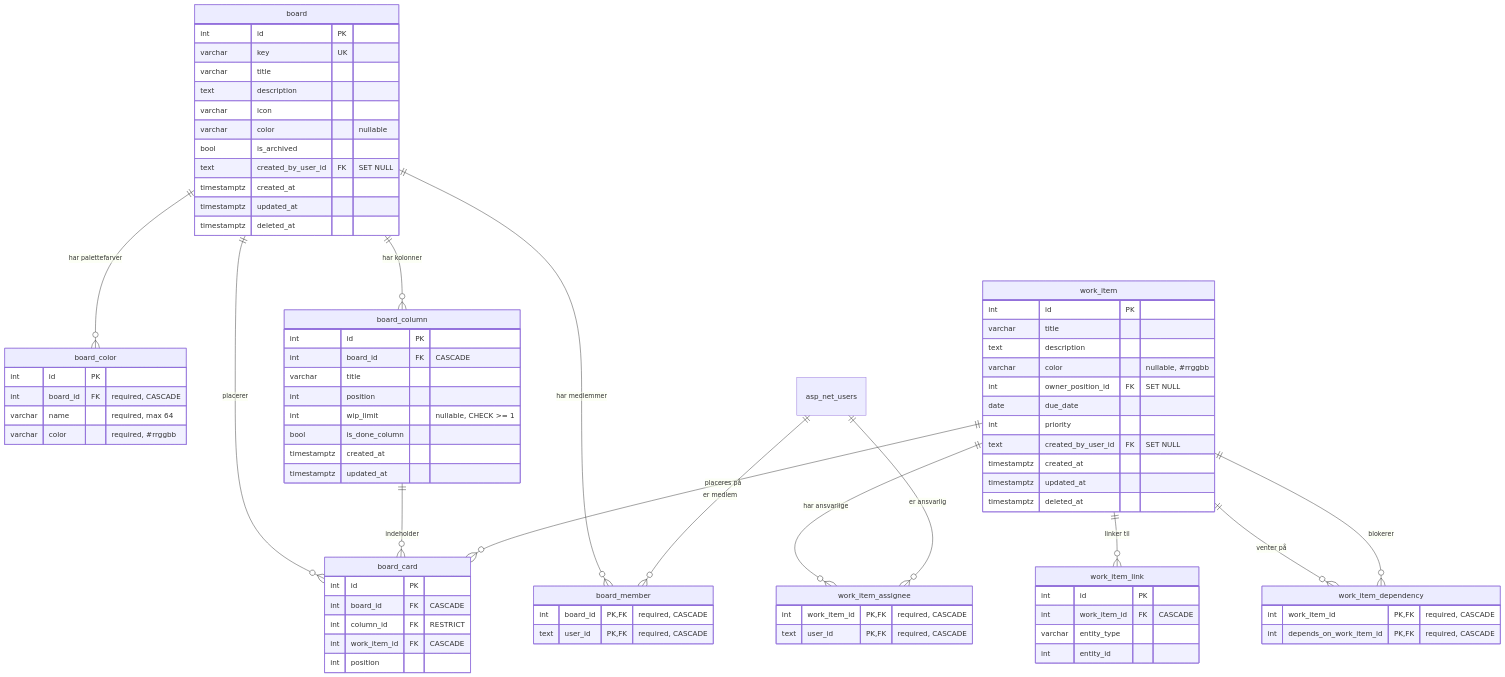
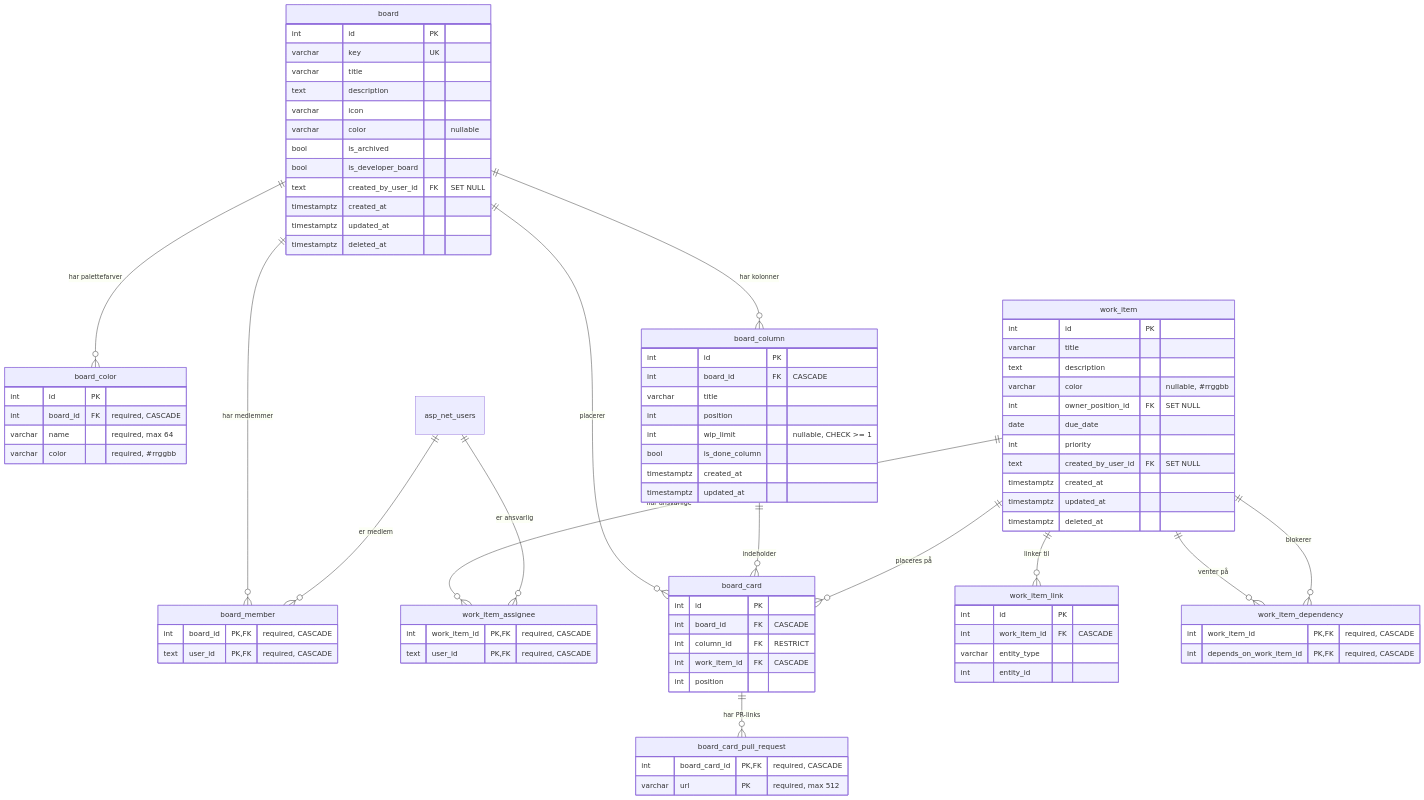
The fifth of 7 diagrams in docs/database.md (smallbenji/DS28-website), drawn with Mermaid before and after one commit. The commit also changed other lines of this file and 21 other files, not shown here.

```diff
--- a/docs/database.md
+++ b/docs/database.md
@@ -442,6 +442,7 @@
         varchar icon
         varchar color "nullable"
         bool is_archived
+        bool is_developer_board
         text created_by_user_id FK "SET NULL"
         timestamptz created_at
         timestamptz updated_at
@@ -498,6 +499,11 @@
         int position
     }
 
+    board_card_pull_request {
+        int board_card_id PK,FK "required, CASCADE"
+        varchar url PK "required, max 512"
+    }
+
     work_item_link {
         int id PK
         int work_item_id FK "CASCADE"
@@ -517,6 +523,7 @@
     board ||--o{ board_card : "placerer"
     board_column ||--o{ board_card : "indeholder"
     work_item ||--o{ board_card : "placeres på"
+    board_card ||--o{ board_card_pull_request : "har PR-links"
     work_item ||--o{ work_item_assignee : "har ansvarlige"
     asp_net_users ||--o{ work_item_assignee : "er ansvarlig"
     work_item ||--o{ work_item_link : "linker til"
```
